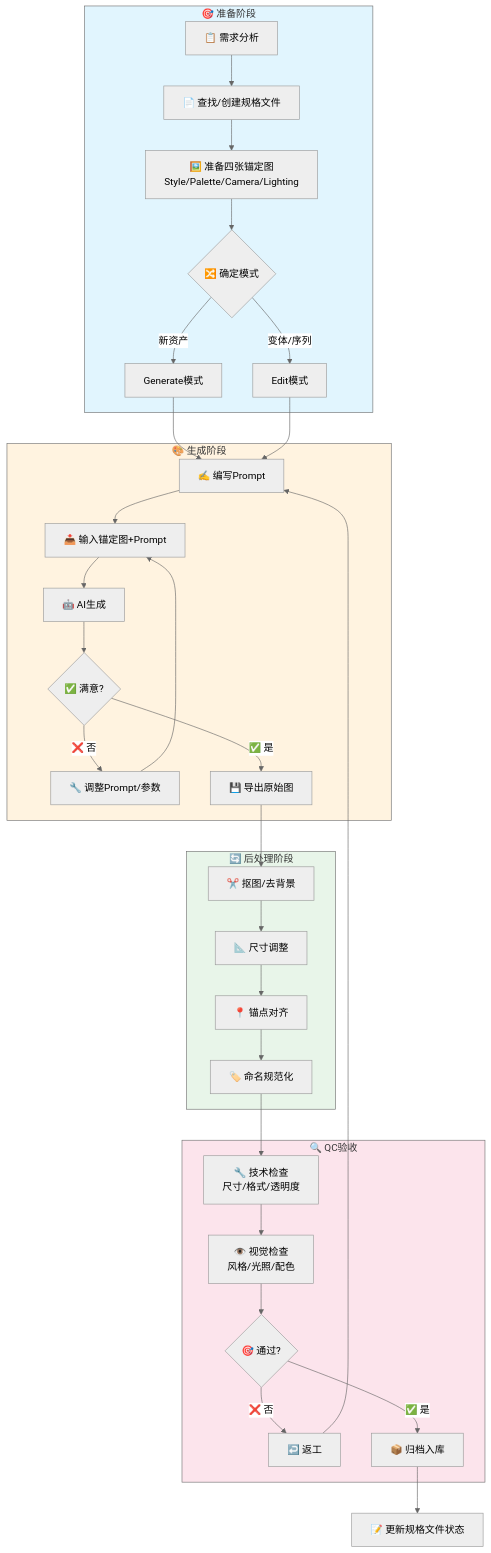
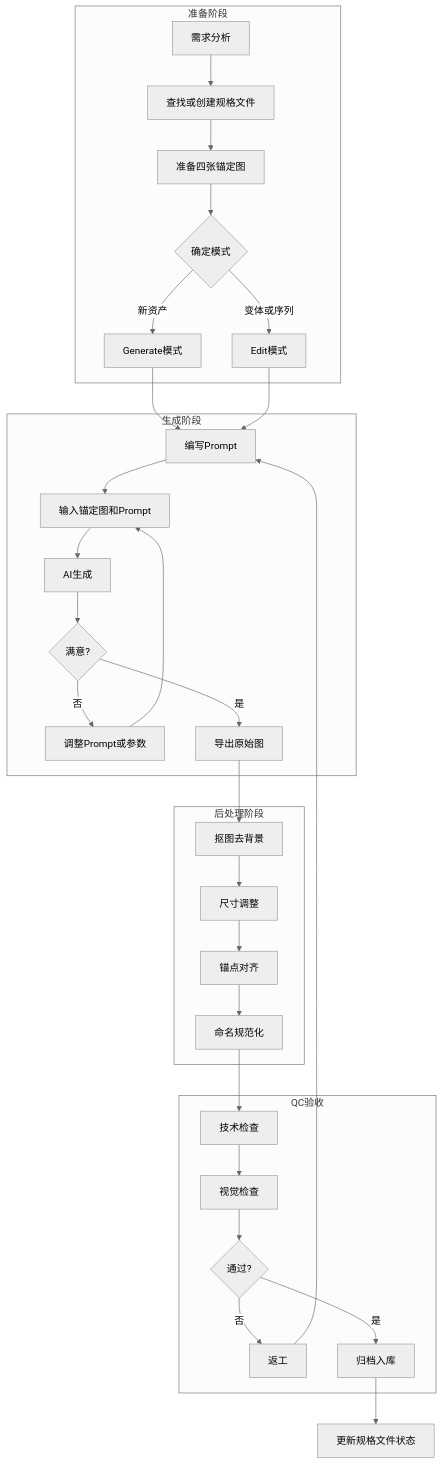
The first of 17 diagrams in docs/art/资产生产流程图汇总.md (angelash/Footnote), drawn with Mermaid (neutral theme) before and after one commit. The commit also changed other lines of this file and 59 other files, not shown here.

````diff
--- a/docs/art/资产生产流程图汇总.md
+++ b/docs/art/资产生产流程图汇总.md
@@ -9,44 +9,39 @@
 ```mermaid
 flowchart TB
-    subgraph 准备阶段["🎯 准备阶段"]
-        A1["📋 需求分析"] --> A2["📄 查找/创建规格文件"]
-        A2 --> A3["🖼️ 准备四张锚定图<br/>Style/Palette/Camera/Lighting"]
-        A3 --> A4{"🔀 确定模式"}
+    subgraph Prepare["准备阶段"]
+        A1["需求分析"] --> A2["查找或创建规格文件"]
+        A2 --> A3["准备四张锚定图"]
+        A3 --> A4{"确定模式"}
         A4 -->|"新资产"| A5["Generate模式"]
-        A4 -->|"变体/序列"| A6["Edit模式"]
+        A4 -->|"变体或序列"| A6["Edit模式"]
     end
     
-    subgraph 生成阶段["🎨 生成阶段"]
-        B1["✍️ 编写Prompt"] --> B2["📥 输入锚定图+Prompt"]
-        B2 --> B3["🤖 AI生成"]
-        B3 --> B4{"✅ 满意?"}
-        B4 -->|"❌ 否"| B5["🔧 调整Prompt/参数"]
+    subgraph Generate["生成阶段"]
+        B1["编写Prompt"] --> B2["输入锚定图和Prompt"]
+        B2 --> B3["AI生成"]
+        B3 --> B4{"满意?"}
+        B4 -->|"否"| B5["调整Prompt或参数"]
         B5 --> B2
-        B4 -->|"✅ 是"| B6["💾 导出原始图"]
+        B4 -->|"是"| B6["导出原始图"]
     end
     
-    subgraph 后处理阶段["🔄 后处理阶段"]
-        C1["✂️ 抠图/去背景"] --> C2["📐 尺寸调整"]
-        C2 --> C3["📍 锚点对齐"]
-        C3 --> C4["🏷️ 命名规范化"]
+    subgraph PostProcess["后处理阶段"]
+        C1["抠图去背景"] --> C2["尺寸调整"]
+        C2 --> C3["锚点对齐"]
+        C3 --> C4["命名规范化"]
     end
     
-    subgraph QC验收["🔍 QC验收"]
-        D1["🔧 技术检查<br/>尺寸/格式/透明度"] --> D2["👁️ 视觉检查<br/>风格/光照/配色"]
-        D2 --> D3{"🎯 通过?"}
-        D3 -->|"❌ 否"| D4["↩️ 返工"]
+    subgraph QC["QC验收"]
+        D1["技术检查"] --> D2["视觉检查"]
+        D2 --> D3{"通过?"}
+        D3 -->|"否"| D4["返工"]
         D4 --> B1
-        D3 -->|"✅ 是"| D5["📦 归档入库"]
+        D3 -->|"是"| D5["归档入库"]
     end
     
     A5 --> B1
     A6 --> B1
     B6 --> C1
     C4 --> D1
-    D5 --> E["📝 更新规格文件状态"]
-    
-    style 准备阶段 fill:#e1f5fe
-    style 生成阶段 fill:#fff3e0
-    style 后处理阶段 fill:#e8f5e9
-    style QC验收 fill:#fce4ec
+    D5 --> E["更新规格文件状态"]
 ```
````
